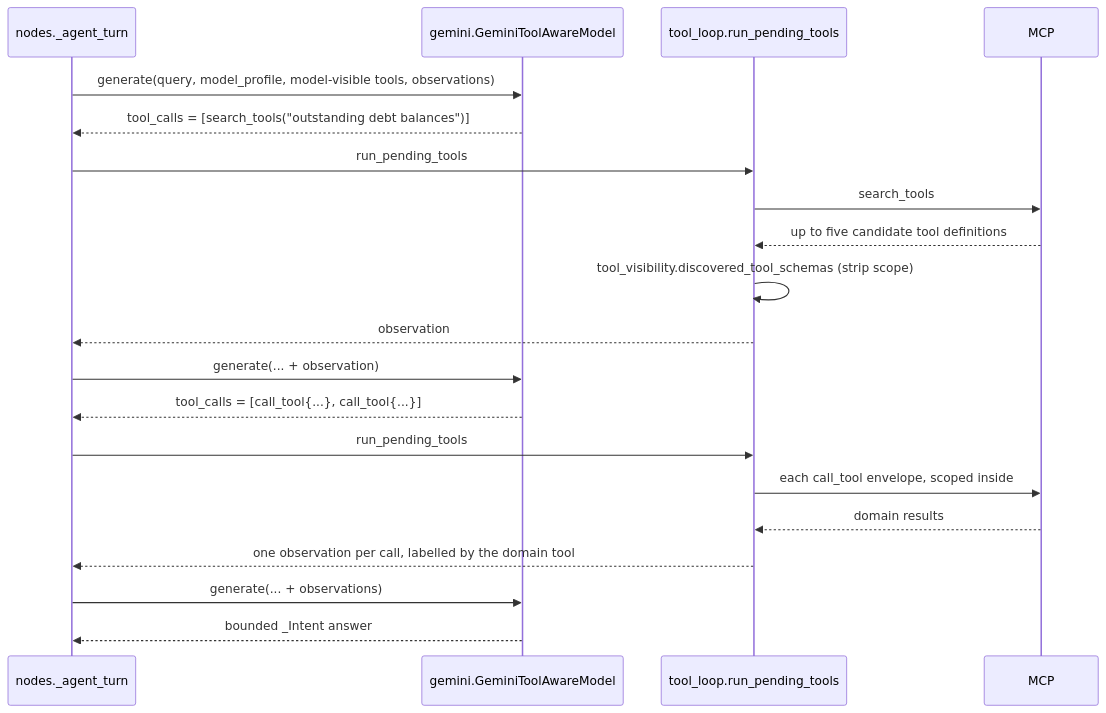
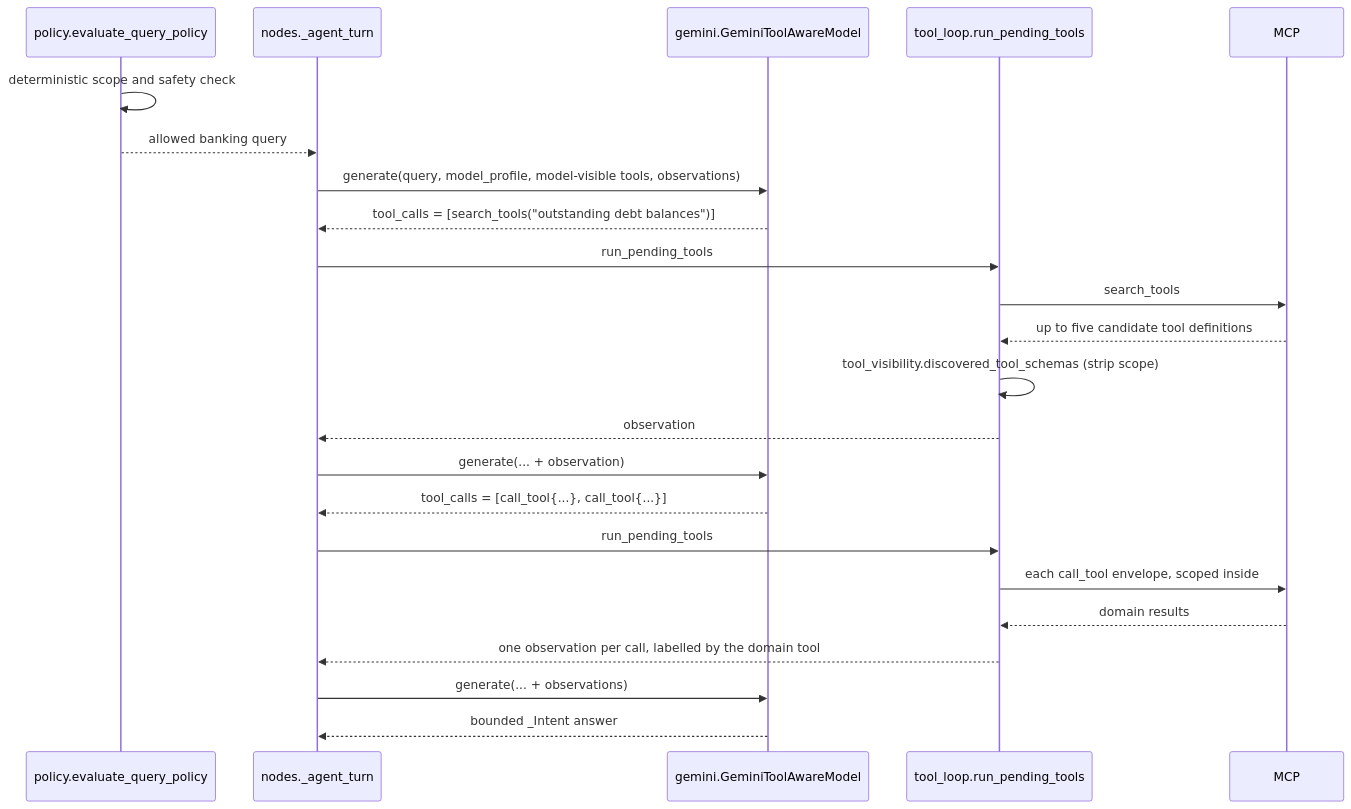
Before and after one commit to JpAboytes/hackmty2026-agent: the fifth of 11 diagrams in docs/FLOWS.md, drawn with Mermaid. The commit also changed other lines of this file and 14 other files, not shown here.

````diff
--- a/docs/FLOWS.md
+++ b/docs/FLOWS.md
@@ -186,22 +200,25 @@
 ```mermaid
 sequenceDiagram
+  participant P as policy.evaluate_query_policy
   participant N as nodes._agent_turn
   participant G as gemini.GeminiToolAwareModel
   participant L as tool_loop.run_pending_tools
   participant M as MCP
+  P->>P: deterministic scope and safety check
+  P-->>N: allowed banking query
   N->>G: generate(query, model_profile, model-visible tools, observations)
   G-->>N: tool_calls = [search_tools("outstanding debt balances")]
   N->>L: run_pending_tools
   L->>M: search_tools
   M-->>L: up to five candidate tool definitions
   L->>L: tool_visibility.discovered_tool_schemas (strip scope)
   L-->>N: observation
   N->>G: generate(... + observation)
   G-->>N: tool_calls = [call_tool{...}, call_tool{...}]
   N->>L: run_pending_tools
   L->>M: each call_tool envelope, scoped inside
   M-->>L: domain results
   L-->>N: one observation per call, labelled by the domain tool
   N->>G: generate(... + observations)
   G-->>N: bounded _Intent answer
 ```
````
